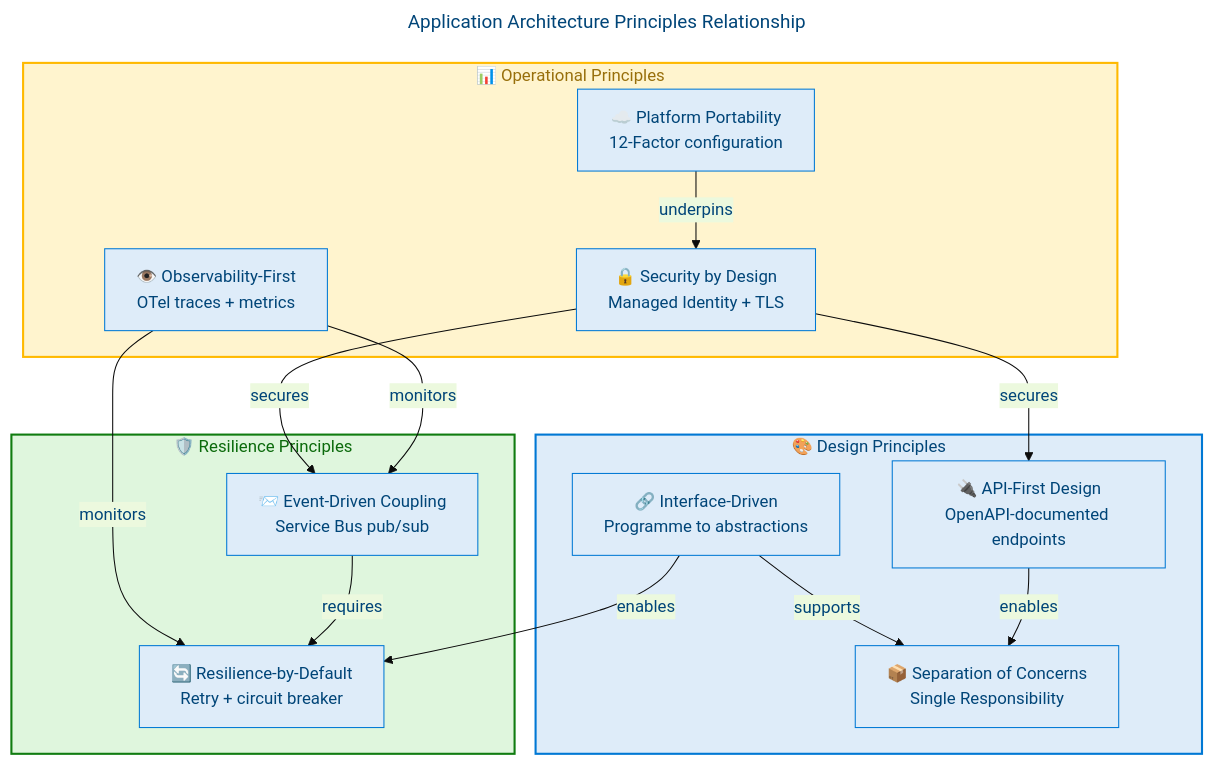
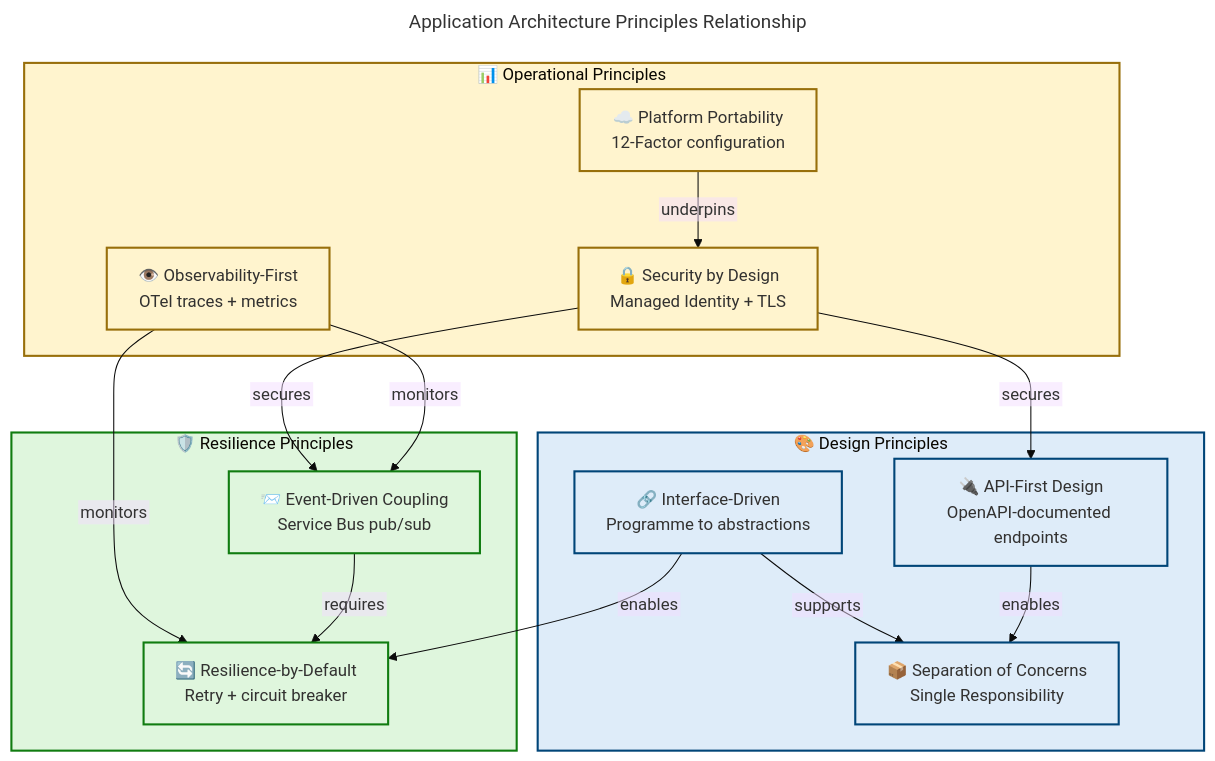
One commit to Evilazaro/Azure-LogicApps-Monitoring changed the second of 9 diagrams in docs/architecture/Application-Layer-Architecture.md. Above: the diagram before and after it, drawn with Mermaid. The commit also changed other lines of this file, not shown here.

Commit message:
docs: enhance clarity and accessibility in Application Layer architecture diagrams

````diff
--- a/docs/architecture/Application-Layer-Architecture.md
+++ b/docs/architecture/Application-Layer-Architecture.md
@@ -359,45 +366,58 @@
 ```mermaid
 ---
-title: Application Architecture Principles Relationship
+title: "Application Architecture Principles Relationship"
 config:
   theme: base
   themeVariables:
-    primaryColor: '#DEECF9'
-    primaryBorderColor: '#0078D4'
-    primaryTextColor: '#004578'
+    fontSize: '16px'
+  flowchart:
+    htmlLabels: false
 ---
 flowchart TD
     accTitle: Application Architecture Principles Relationship Diagram
     accDescr: Shows the eight architecture principles and their relationships grouped by pillar
+
+    %% ═══════════════════════════════════════════════════════════════════════════
+    %% AZURE / FLUENT ARCHITECTURE PATTERN v1.1
+    %% (Semantic + Structural + Font + Accessibility Governance)
+    %% ═══════════════════════════════════════════════════════════════════════════
 
     subgraph design["🎨 Design Principles"]
         p1["🔌 API-First Design<br/>OpenAPI-documented endpoints"]
         p2["🔗 Interface-Driven<br/>Programme to abstractions"]
         p8["📦 Separation of Concerns<br/>Single Responsibility"]
     end
 
     subgraph resilience["🛡️ Resilience Principles"]
         p3["🔄 Resilience-by-Default<br/>Retry + circuit breaker"]
         p5["📨 Event-Driven Coupling<br/>Service Bus pub/sub"]
     end
 
     subgraph ops["📊 Operational Principles"]
         p4["👁️ Observability-First<br/>OTel traces + metrics"]
         p6["☁️ Platform Portability<br/>12-Factor configuration"]
         p7["🔒 Security by Design<br/>Managed Identity + TLS"]
     end
 
     p1 -->|enables| p8
     p2 -->|enables| p3
     p2 -->|supports| p8
     p5 -->|requires| p3
     p4 -->|monitors| p3
     p4 -->|monitors| p5
     p6 -->|underpins| p7
     p7 -->|secures| p1
     p7 -->|secures| p5
 
-    style design fill:#DEECF9,stroke:#0078D4,stroke-width:2px,color:#004578
-    style resilience fill:#DFF6DD,stroke:#107C10,stroke-width:2px,color:#0B6A0B
-    style ops fill:#FFF4CE,stroke:#FFB900,stroke-width:2px,color:#986F0B
+    classDef azureBlue fill:#DEECF9,stroke:#004578,stroke-width:2px,color:#323130
+    classDef successGreen fill:#DFF6DD,stroke:#107C10,stroke-width:2px,color:#323130
+    classDef warningYellow fill:#FFF4CE,stroke:#986F0B,stroke-width:2px,color:#323130
+
+    class p1,p2,p8 azureBlue
+    class p3,p5 successGreen
+    class p4,p6,p7 warningYellow
+
+    style design fill:#DEECF9,stroke:#004578,stroke-width:2px,color:#323130
+    style resilience fill:#DFF6DD,stroke:#107C10,stroke-width:2px,color:#323130
+    style ops fill:#FFF4CE,stroke:#986F0B,stroke-width:2px,color:#323130
 ```
````
